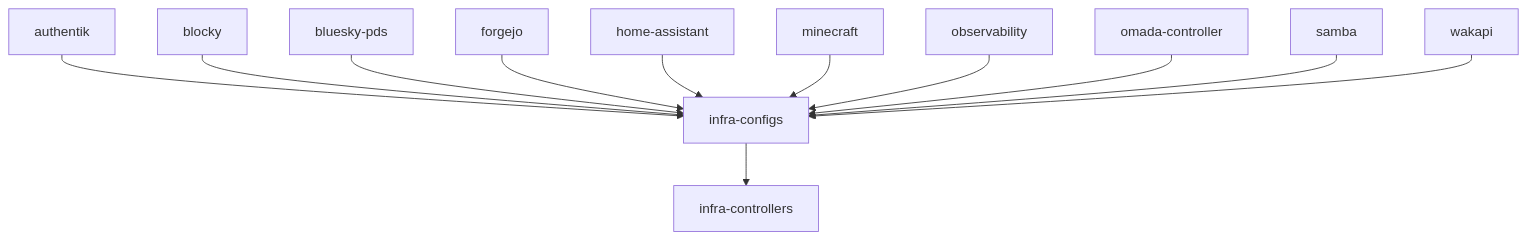
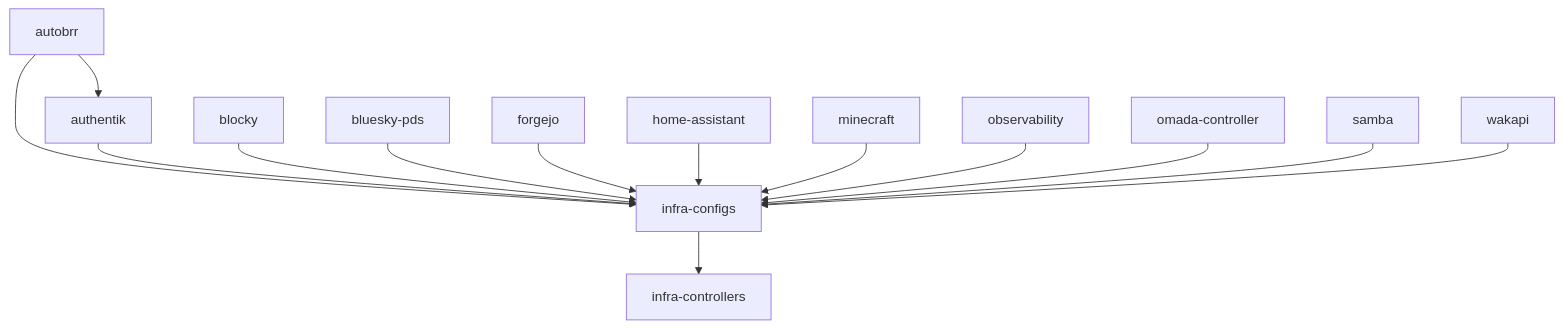
Before and after one commit to tale/homelab: the diagram in README.md, drawn with Mermaid. The commit also changed other lines of this file and 9 other files, not shown here.

````diff
--- a/README.md
+++ b/README.md
@@ -39,16 +40,18 @@
 ```mermaid
 flowchart TD
     infra_controllers[infra-controllers]
     infra_configs[infra-configs]
     infra_configs --> infra_controllers
+    autobrr --> infra_configs
+    autobrr --> authentik
     authentik --> infra_configs
     blocky --> infra_configs
     bluesky_pds[bluesky-pds] --> infra_configs
     forgejo --> infra_configs
     home_assistant[home-assistant] --> infra_configs
     minecraft --> infra_configs
     observability --> infra_configs
     omada_controller[omada-controller] --> infra_configs
     samba --> infra_configs
     wakapi --> infra_configs
 ```
````
